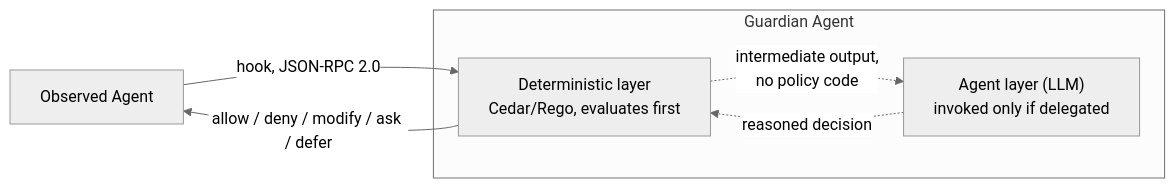
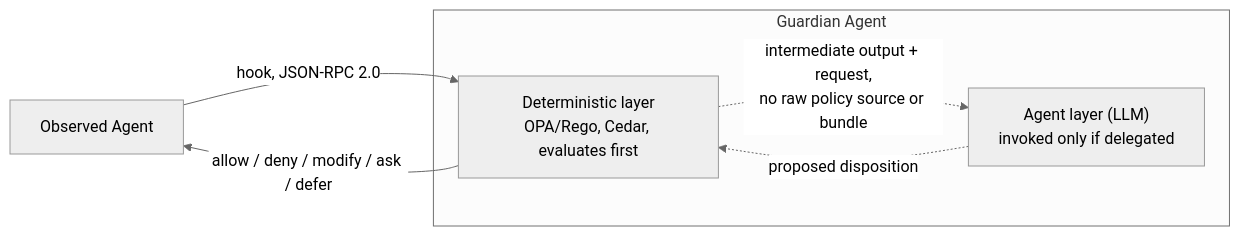
Before and after one commit to GenAI-Security-Project/agent-control-standard: the first of 3 diagrams in docs/spec/instrument/specification.md, drawn with Mermaid (neutral theme). The commit also changed other lines of this file and 2 other files, not shown here.

First line of the commit message:
Specify Guardian two-layer handoff contract and scope OPA/Rego claims

````diff
--- a/docs/spec/instrument/specification.md
+++ b/docs/spec/instrument/specification.md
@@ -27,11 +27,11 @@
 ```mermaid
 flowchart LR
     OA["Observed Agent"] -->|"hook, JSON-RPC 2.0"| DET
     subgraph Guardian["Guardian Agent"]
-        DET["Deterministic layer<br/>Cedar/Rego, evaluates first"]
+        DET["Deterministic layer<br/>OPA/Rego, Cedar, evaluates first"]
         LLM["Agent layer (LLM)<br/>invoked only if delegated"]
-        DET -.->|"intermediate output,<br/>no policy code"| LLM
-        LLM -.->|"reasoned decision"| DET
+        DET -.->|"intermediate output + request,<br/>no raw policy source or bundle"| LLM
+        LLM -.->|"proposed disposition"| DET
     end
     DET -->|"allow / deny / modify / ask / defer"| OA
 ```
````
